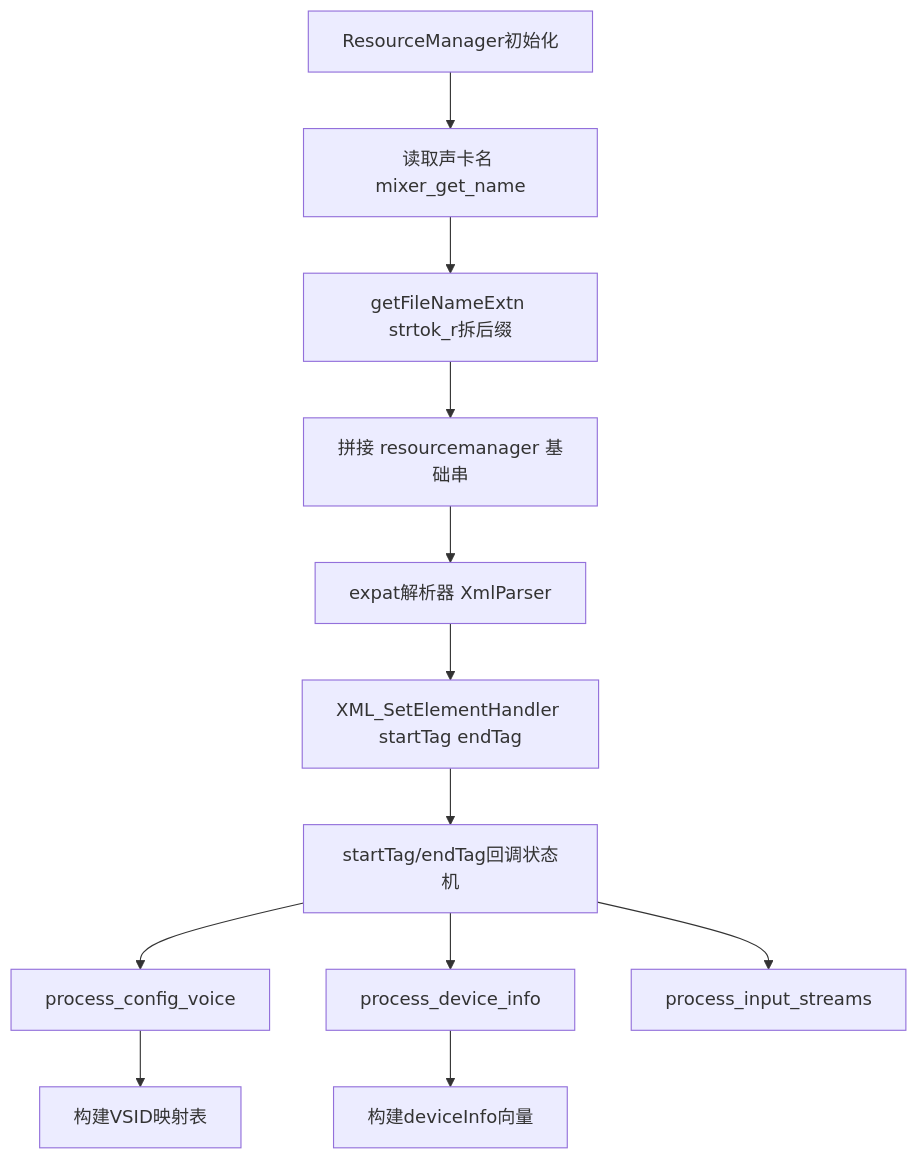
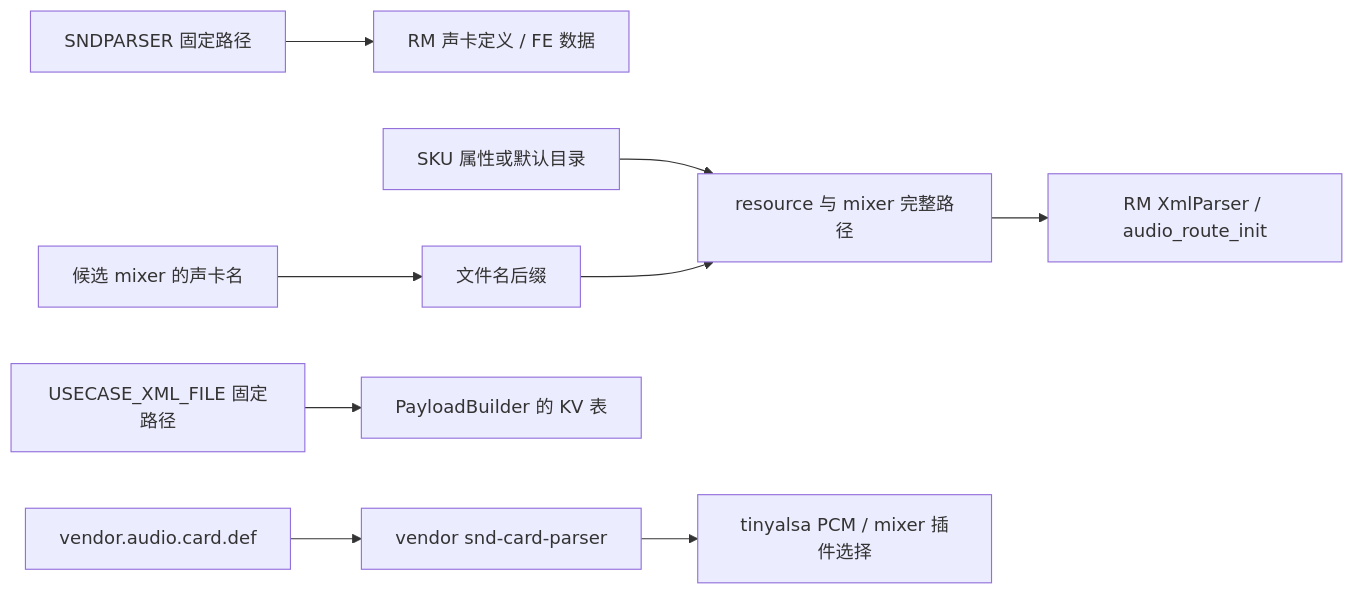
The diagram in 15_PAL_Architecture/15_15.9_配置文件列表.md (yanglinzhen1022/SA8295_AAOS_QNX_Audio_KnowledgeBase), drawn with Mermaid before and after one commit. The commit also changed other lines of this file and 7 other files, not shown here.

````diff
--- a/15_PAL_Architecture/15_15.9_配置文件列表.md
+++ b/15_PAL_Architecture/15_15.9_配置文件列表.md
@@ -43,14 +70,11 @@
 ```mermaid
-graph TB
-    RM_Init[ResourceManager初始化] --> GetName[读取声卡名 mixer_get_name]
-    GetName --> Extn[getFileNameExtn strtok_r拆后缀]
-    Extn --> BuildPath[拼接 resourcemanager 基础串]
-    BuildPath --> Expat[expat解析器 XmlParser]
-    Expat --> SetHandler[XML_SetElementHandler startTag endTag]
-    SetHandler --> RootWalk[startTag/endTag回调状态机]
-    RootWalk --> ParseVoice[process_config_voice]
-    RootWalk --> ParseDev[process_device_info]
-    RootWalk --> ParseStreams[process_input_streams]
-    ParseDev --> BuildDevInfo[构建deviceInfo向量]
-    ParseVoice --> BuildVSID[构建VSID映射表]
+flowchart LR
+    C[SNDPARSER 固定路径] --> R[RM 声卡定义 / FE 数据]
+    N[候选 mixer 的声卡名] --> S[文件名后缀]
+    P[SKU 属性或默认目录] --> F[resource 与 mixer 完整路径]
+    S --> F
+    F --> D[RM XmlParser / audio_route_init]
+    U[USECASE_XML_FILE 固定路径] --> K[PayloadBuilder 的 KV 表]
+    O[vendor.audio.card.def] --> T[vendor snd-card-parser]
+    T --> V[tinyalsa PCM / mixer 插件选择]
 ```
````
